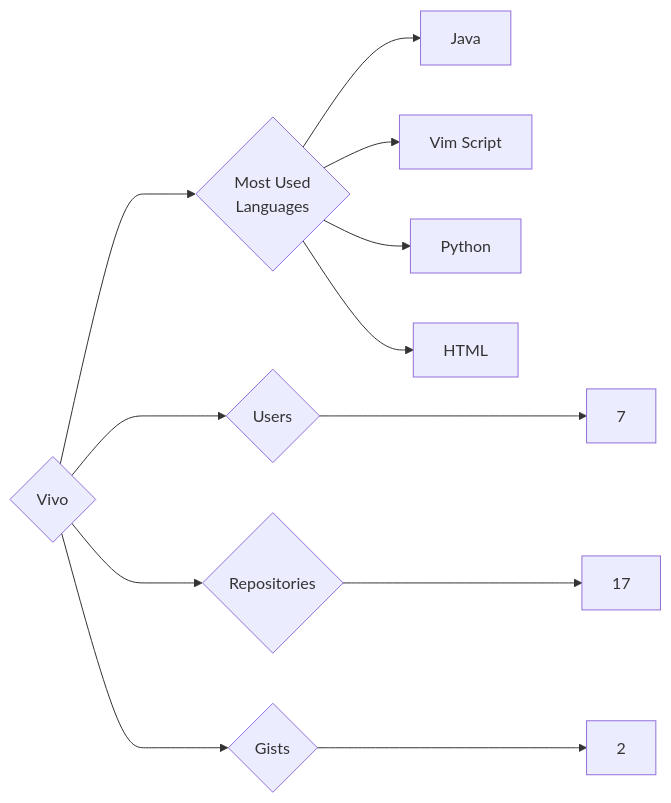
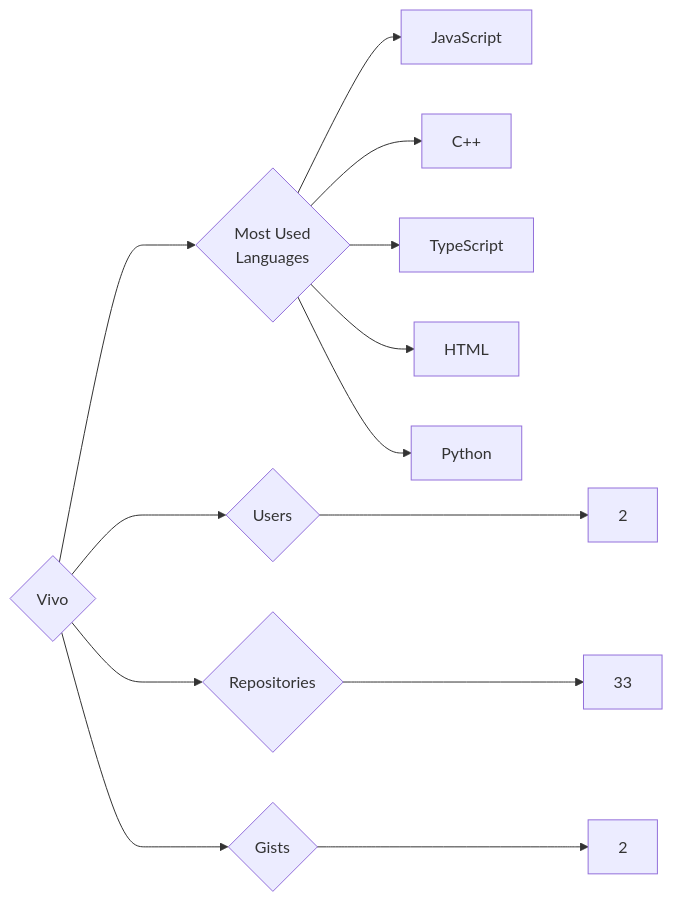
Before and after one commit to trickest/insiders: the diagram in targets/Vivo/README.md, drawn with Mermaid. The commit also changed 1248 other files, not shown here.

````diff
--- a/targets/Vivo/README.md
+++ b/targets/Vivo/README.md
@@ -3,12 +3,13 @@
 ```mermaid
 graph LR
 COMPANY_NAME{Vivo}
-COMPANY_NAME ---> U{Users} ---> UN[7]
-COMPANY_NAME ---> R{Repositories} ---> RN[17]
+COMPANY_NAME ---> U{Users} ---> UN[2]
+COMPANY_NAME ---> R{Repositories} ---> RN[33]
 COMPANY_NAME ---> G{Gists} ---> GN[2]
 COMPANY_NAME ---> ML{Most Used<br>Languages}
-ML --> Java[Java]
-ML --> Vim_Script[Vim Script]
+ML --> JavaScript[JavaScript]
+ML --> C++[C++]
+ML --> TypeScript[TypeScript]
+ML --> HTML[HTML]
 ML --> Python[Python]
-ML --> HTML[HTML]
 ```
````
